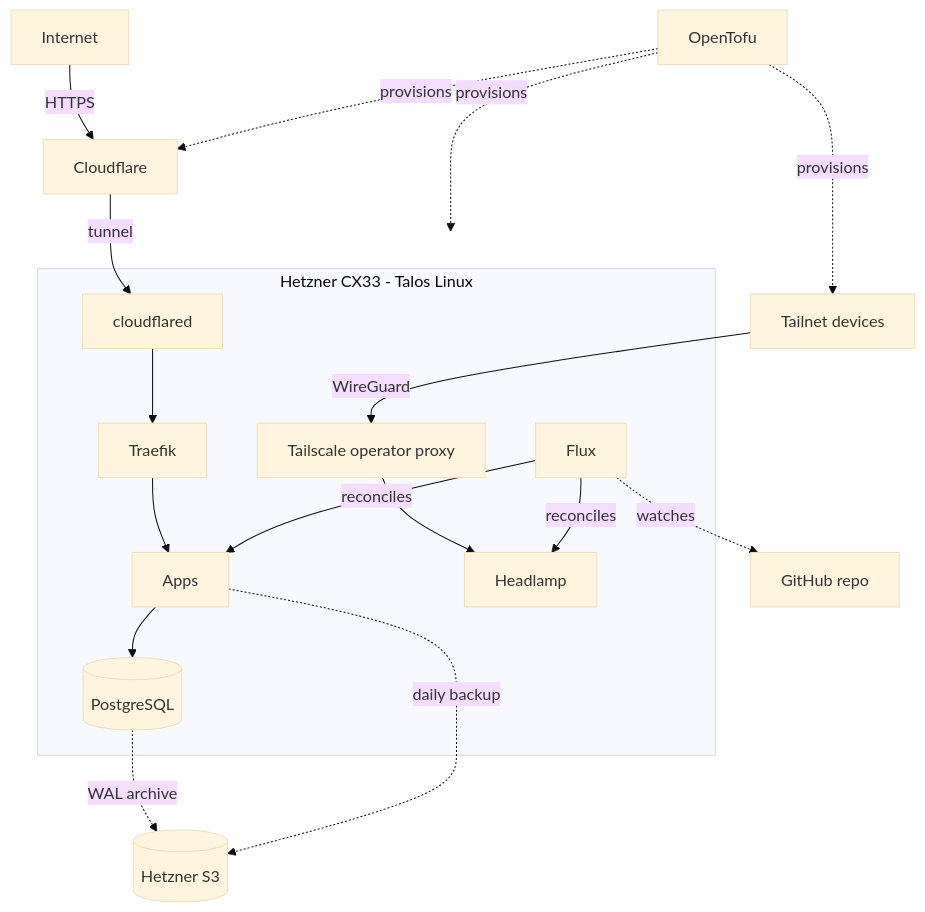
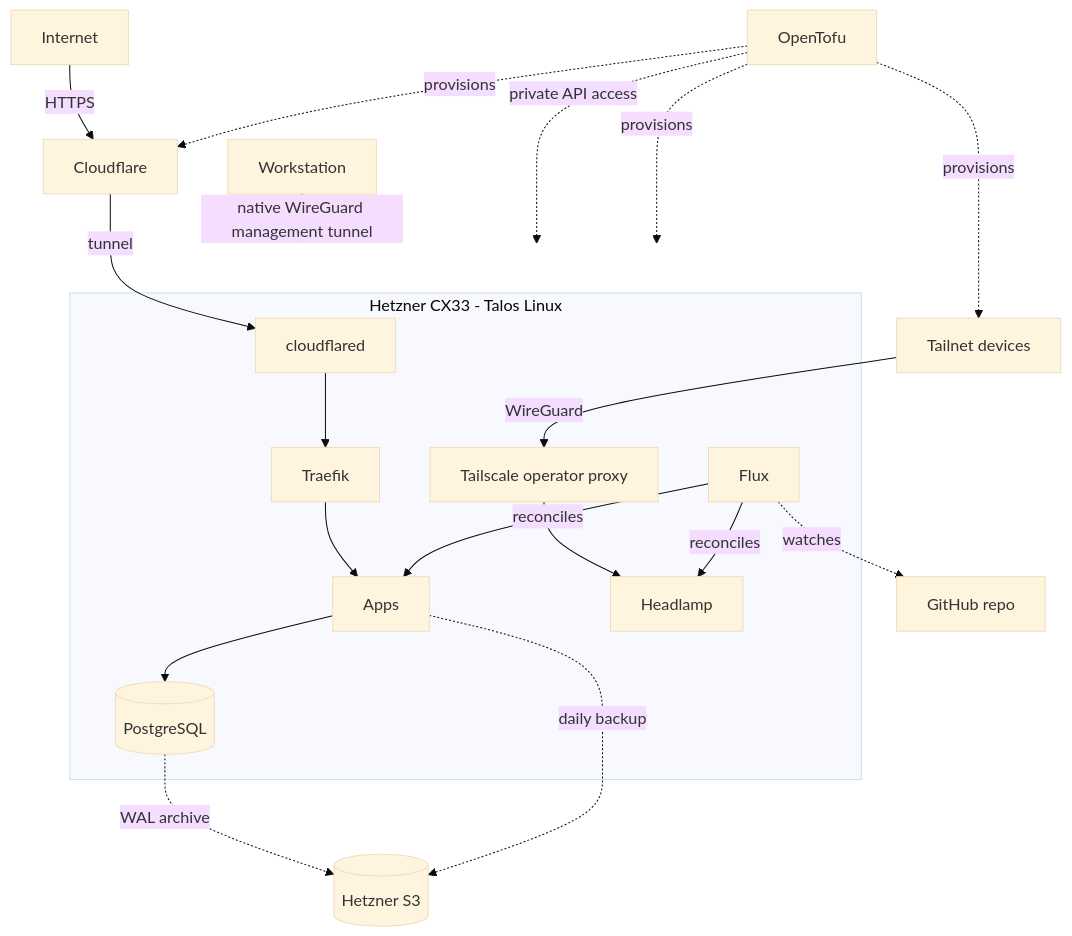
One commit to itay-raveh/infra changed the diagram in README.md. Above: the diagram before and after it, drawn with Mermaid (base theme). The commit also changed other lines of this file and 23 other files, not shown here.

Commit message:
refactor: move cluster management to WireGuard (#122)

````diff
--- a/README.md
+++ b/README.md
@@ -10,18 +10,20 @@
 ```mermaid
 graph TD
     Internet -->|HTTPS| CF[Cloudflare]
     CF -->|tunnel| cloudflared
     Tailnet[Tailnet devices] -->|WireGuard| TSProxy[Tailscale operator proxy]
+    Workstation -->|native WireGuard management tunnel| Server
+    OpenTofu -.->|private API access| Server
     OpenTofu -.->|provisions| CF & Tailnet & Server
 
     subgraph Server["Hetzner CX33 - Talos Linux"]
         cloudflared --> Traefik --> Apps
         TSProxy --> Headlamp
         Apps --> CNPG[(PostgreSQL)]
         Flux -->|reconciles| Apps & Headlamp
     end
 
     CNPG -.->|WAL archive| S3[(Hetzner S3)]
     Apps -.->|daily backup| S3
     Flux -.->|watches| Git[GitHub repo]
 ```
````
